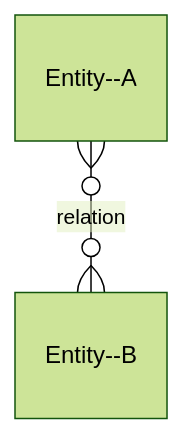
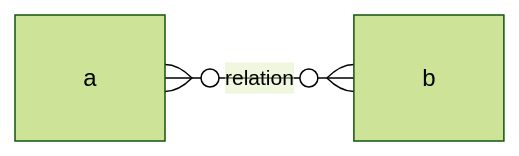
Before and after one commit to nicojmn/LINFO2172-cheatsheet: the second of 8 diagrams in cheatsheet.md, drawn with Mermaid (forest theme). The commit also changed other lines of this file, not shown here.

````diff
--- a/cheatsheet.md
+++ b/cheatsheet.md
@@ -18,4 +29,5 @@
 ```mermaid
 erDiagram
-    Entity--A o{--}o Entity--B: "relation"
+    direction LR
+    a o{--}o b: "relation"
 ```
````
